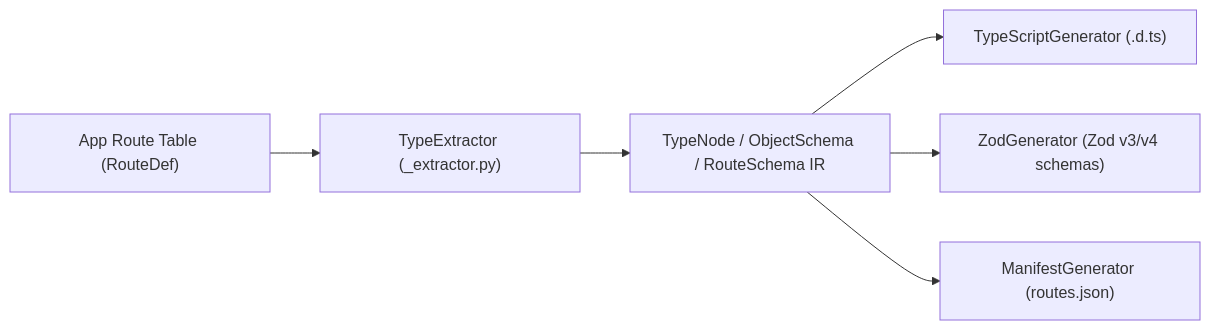
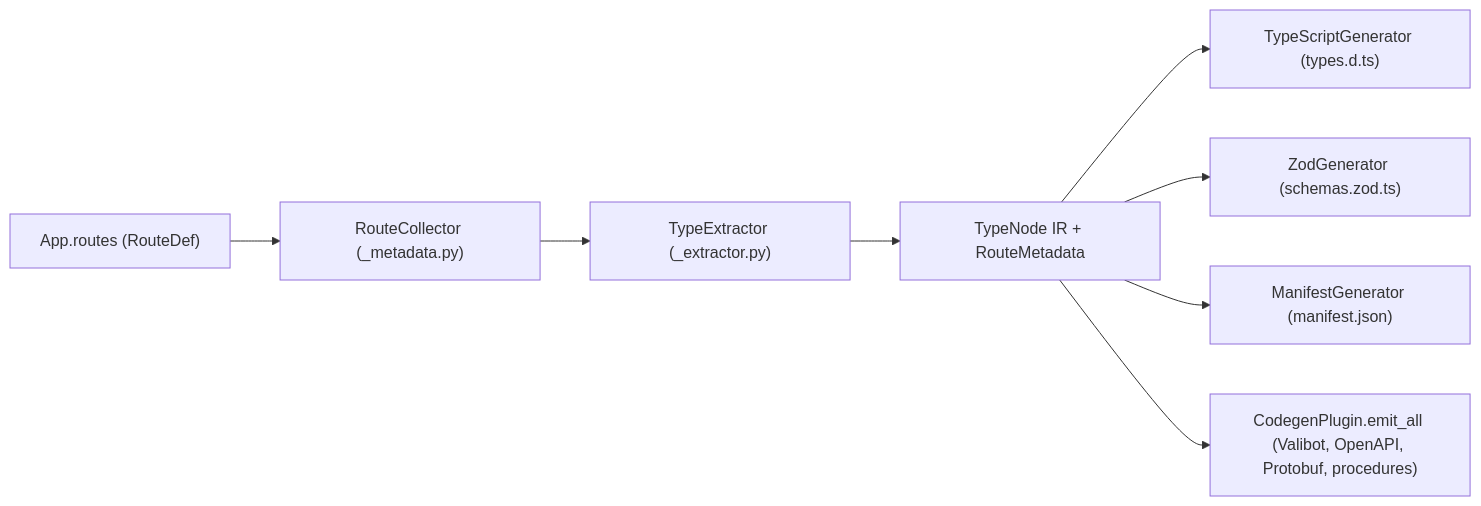
One commit to cofin/vertebra changed the diagram in .agents/bundles/knowledge/architecture/frontend/codegen-and-inertia.md. Above: the diagram before and after it, drawn with Mermaid. The commit also changed other lines of this file and 318 other files, not shown here.

````diff
--- a/.agents/bundles/knowledge/architecture/frontend/codegen-and-inertia.md
+++ b/.agents/bundles/knowledge/architecture/frontend/codegen-and-inertia.md
@@ -34,8 +30,10 @@
 ```mermaid
 flowchart LR
-    Routes["App Route Table (RouteDef)"] --> Extractor["TypeExtractor (_extractor.py)"]
-    Extractor --> IR["TypeNode / ObjectSchema / RouteSchema IR"]
-    IR --> TSGen["TypeScriptGenerator (.d.ts)"]
-    IR --> ZodGen["ZodGenerator (Zod v3/v4 schemas)"]
-    IR --> ManGen["ManifestGenerator (routes.json)"]
+    App["App.routes (RouteDef)"] --> Collector["RouteCollector (_metadata.py)"]
+    Collector --> Extractor["TypeExtractor (_extractor.py)"]
+    Extractor --> IR["TypeNode IR + RouteMetadata"]
+    IR --> TS["TypeScriptGenerator (types.d.ts)"]
+    IR --> Zod["ZodGenerator (schemas.zod.ts)"]
+    IR --> Man["ManifestGenerator (manifest.json)"]
+    IR --> Plugin["CodegenPlugin.emit_all (Valibot, OpenAPI, Protobuf, procedures)"]
 ```
````
